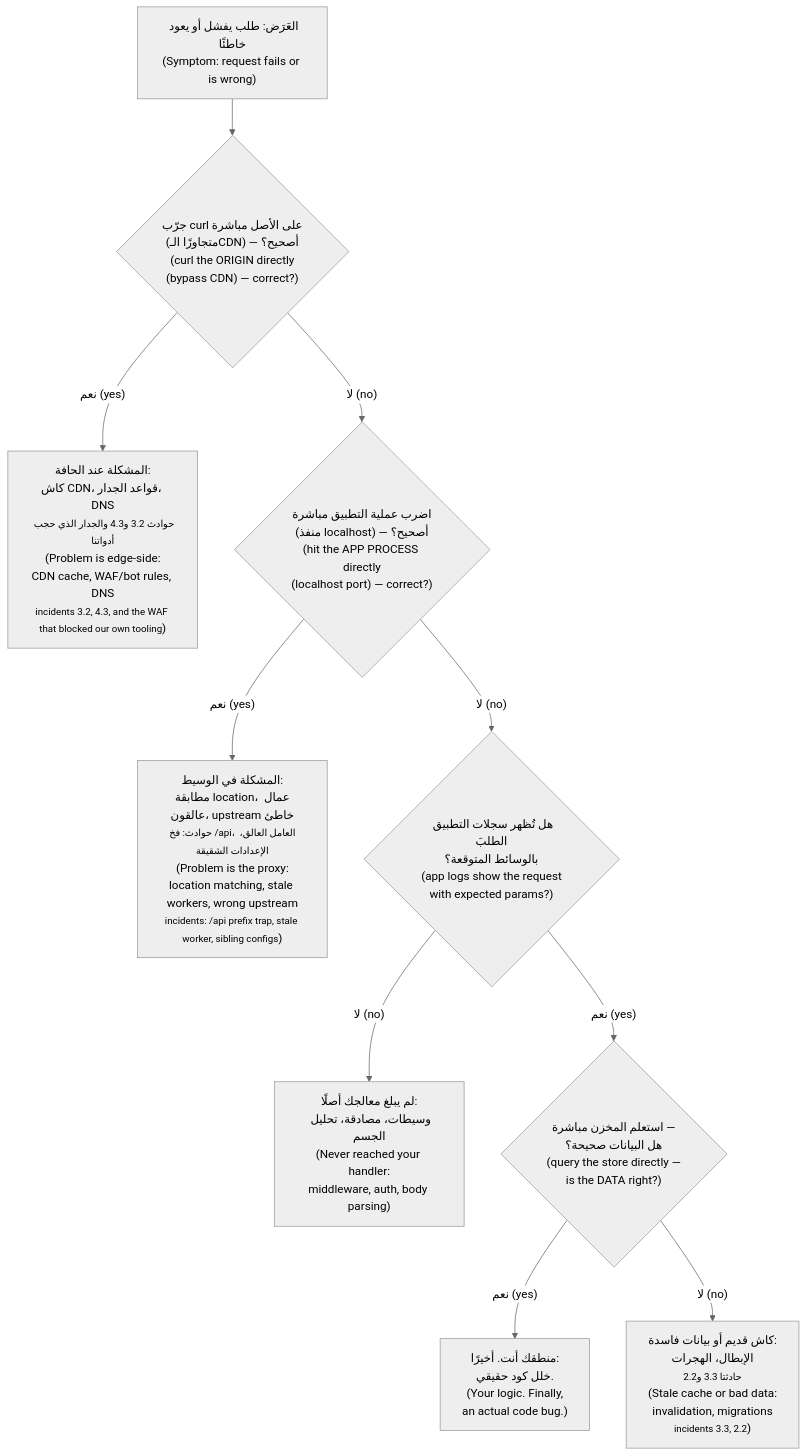
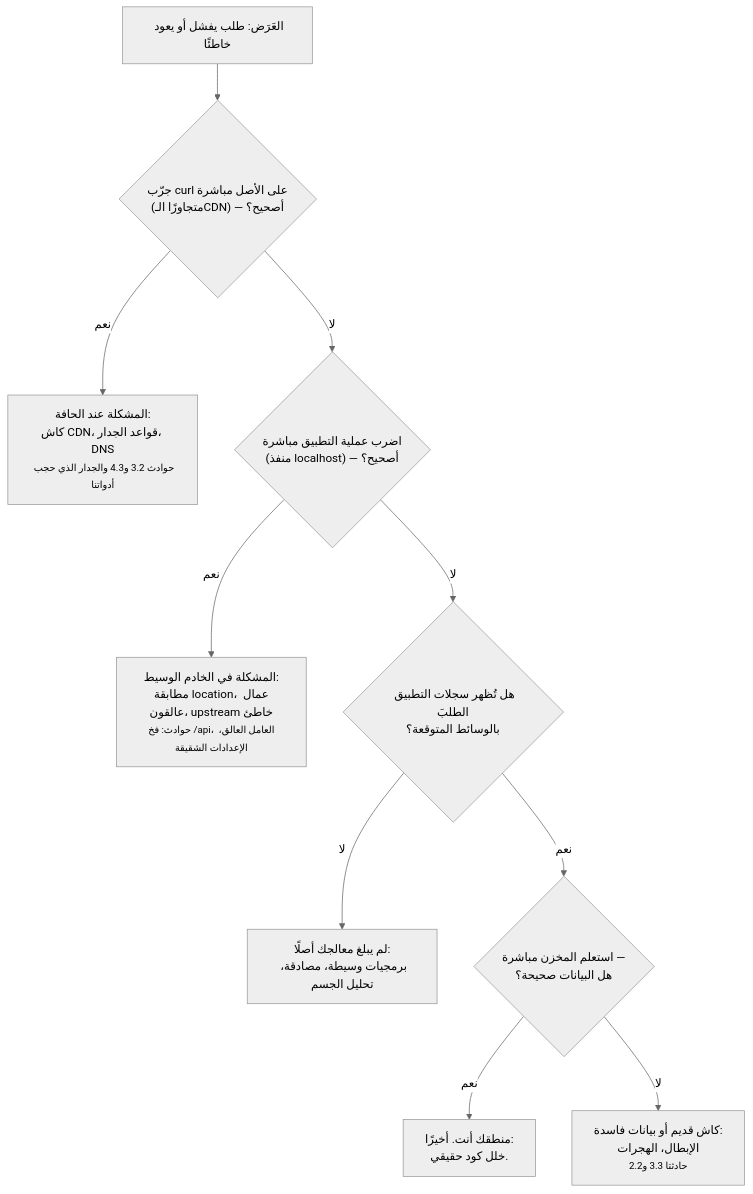
The third of 3 diagrams in modules/01-anatomy-of-a-real-app/lesson-2-the-requests-journey.ar.md (Tamoura/system-design-for-vibe-coders), drawn with Mermaid (neutral theme) before and after one commit. The commit also changed other lines of this file and 551 other files, not shown here.

````diff
--- a/modules/01-anatomy-of-a-real-app/lesson-2-the-requests-journey.ar.md
+++ b/modules/01-anatomy-of-a-real-app/lesson-2-the-requests-journey.ar.md
@@ -97,12 +97,12 @@
 ```mermaid
 flowchart TD
-    S["العَرَض: طلب يفشل أو يعود خاطئًا<br/>(Symptom: request fails or is wrong)"] --> Q1{"جرّب curl على الأصل مباشرة<br/>(متجاوزًا الـCDN) — أصحيح؟<br/>(curl the ORIGIN directly<br/>(bypass CDN) — correct?)"}
-    Q1 -->|"نعم (yes)"| EDGE["المشكلة عند الحافة:<br/>كاش CDN، قواعد الجدار، DNS<br/><small>حوادث 3.2 و4.3 والجدار الذي حجب أدواتنا</small><br/>(Problem is edge-side:<br/>CDN cache, WAF/bot rules, DNS<br/><small>incidents 3.2, 4.3, and the WAF that blocked our own tooling</small>)"]
-    Q1 -->|"لا (no)"| Q2{"اضرب عملية التطبيق مباشرة<br/>(منفذ localhost) — أصحيح؟<br/>(hit the APP PROCESS directly<br/>(localhost port) — correct?)"}
-    Q2 -->|"نعم (yes)"| PROXY["المشكلة في الوسيط:<br/>مطابقة location، عمال عالقون، upstream خاطئ<br/><small>حوادث: فخ /api، العامل العالق، الإعدادات الشقيقة</small><br/>(Problem is the proxy:<br/>location matching, stale workers, wrong upstream<br/><small>incidents: /api prefix trap, stale worker, sibling configs</small>)"]
-    Q2 -->|"لا (no)"| Q3{"هل تُظهر سجلات التطبيق الطلبَ<br/>بالوسائط المتوقعة؟<br/>(app logs show the request<br/>with expected params?)"}
-    Q3 -->|"لا (no)"| ROUTE["لم يبلغ معالجك أصلًا:<br/>وسيطات، مصادقة، تحليل الجسم<br/>(Never reached your handler:<br/>middleware, auth, body parsing)"]
-    Q3 -->|"نعم (yes)"| DATA{"استعلم المخزن مباشرة —<br/>هل البيانات صحيحة؟<br/>(query the store directly —<br/>is the DATA right?)"}
-    DATA -->|"نعم (yes)"| CODE["منطقك أنت. أخيرًا:<br/>خلل كود حقيقي.<br/>(Your logic. Finally,<br/>an actual code bug.)"]
-    DATA -->|"لا (no)"| STORE["كاش قديم أو بيانات فاسدة:<br/>الإبطال، الهجرات<br/><small>حادثتا 3.3 و2.2</small><br/>(Stale cache or bad data:<br/>invalidation, migrations<br/><small>incidents 3.3, 2.2</small>)"]
+    S["العَرَض: طلب يفشل أو يعود خاطئًا"] --> Q1{"جرّب curl على الأصل مباشرة<br/>(متجاوزًا الـCDN) — أصحيح؟"}
+    Q1 -->|"نعم"| EDGE["المشكلة عند الحافة:<br/>كاش CDN، قواعد الجدار، DNS<br/><small>حوادث 3.2 و4.3 والجدار الذي حجب أدواتنا</small>"]
+    Q1 -->|"لا"| Q2{"اضرب عملية التطبيق مباشرة<br/>(منفذ localhost) — أصحيح؟"}
+    Q2 -->|"نعم"| PROXY["المشكلة في الخادم الوسيط:<br/>مطابقة location، عمال عالقون، upstream خاطئ<br/><small>حوادث: فخ /api، العامل العالق، الإعدادات الشقيقة</small>"]
+    Q2 -->|"لا"| Q3{"هل تُظهر سجلات التطبيق الطلبَ<br/>بالوسائط المتوقعة؟"}
+    Q3 -->|"لا"| ROUTE["لم يبلغ معالجك أصلًا:<br/>برمجيات وسيطة، مصادقة، تحليل الجسم"]
+    Q3 -->|"نعم"| DATA{"استعلم المخزن مباشرة —<br/>هل البيانات صحيحة؟"}
+    DATA -->|"نعم"| CODE["منطقك أنت. أخيرًا:<br/>خلل كود حقيقي."]
+    DATA -->|"لا"| STORE["كاش قديم أو بيانات فاسدة:<br/>الإبطال، الهجرات<br/><small>حادثتا 3.3 و2.2</small>"]
 ```
````
